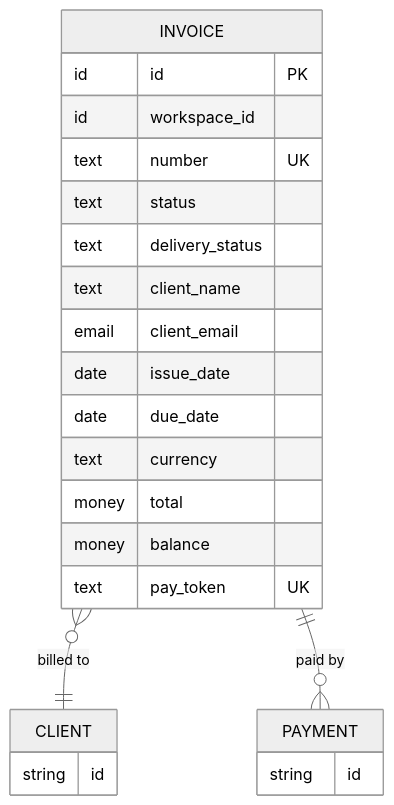
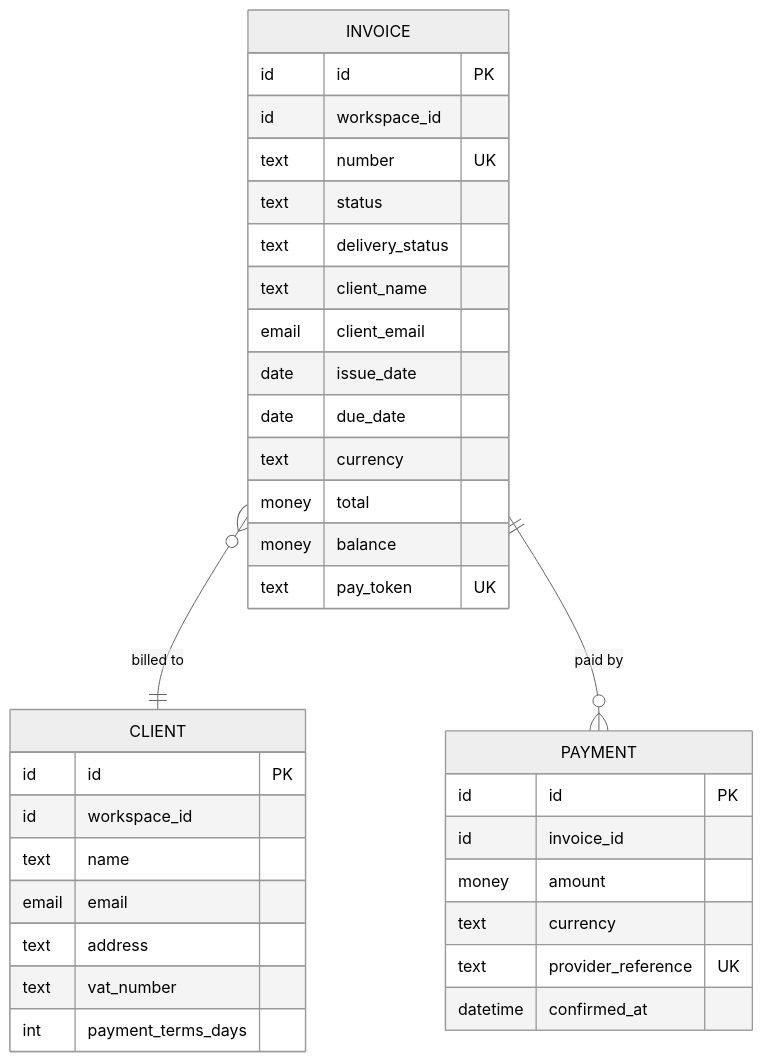
The third of 3 diagrams in product-definition-system/examples/ledgerly/views/specs/FEAT-send-invoice.md (elendil-tech/magik-harness), drawn with Mermaid (neutral theme) before and after one commit. The commit also changed other lines of this file and 27 other files, not shown here.

````diff
--- a/product-definition-system/examples/ledgerly/views/specs/FEAT-send-invoice.md
+++ b/product-definition-system/examples/ledgerly/views/specs/FEAT-send-invoice.md
@@ -166,26 +167,37 @@
 ```mermaid
 erDiagram
   INVOICE {
     id id PK
     id workspace_id
     text number UK
     text status
     text delivery_status
     text client_name
     email client_email
     date issue_date
     date due_date
     text currency
     money total
     money balance
     text pay_token UK
   }
   CLIENT {
-    string id
+    id id PK
+    id workspace_id
+    text name
+    email email
+    text address
+    text vat_number
+    int payment_terms_days
   }
   PAYMENT {
-    string id
+    id id PK
+    id invoice_id
+    money amount
+    text currency
+    text provider_reference UK
+    datetime confirmed_at
   }
   INVOICE }o--|| CLIENT : "billed to"
   INVOICE ||--o{ PAYMENT : "paid by"
 ```
````
